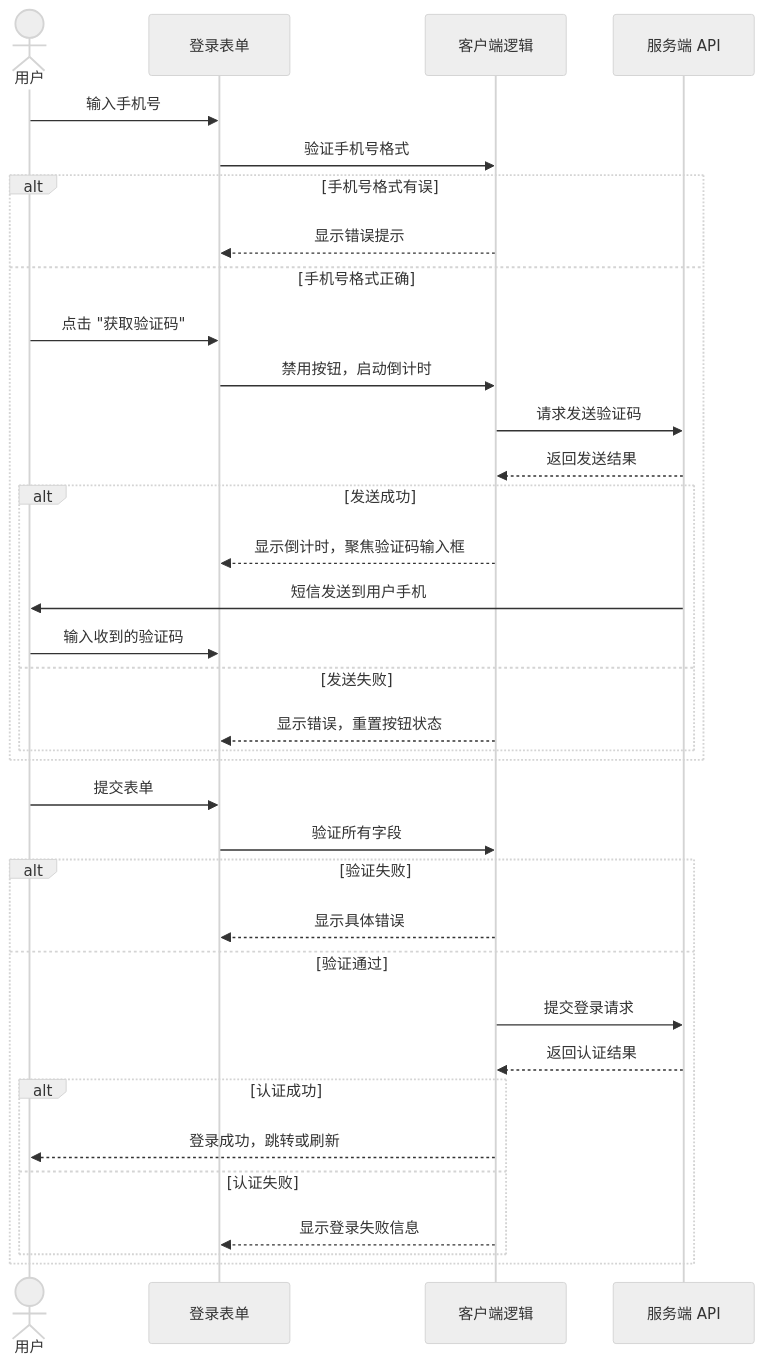
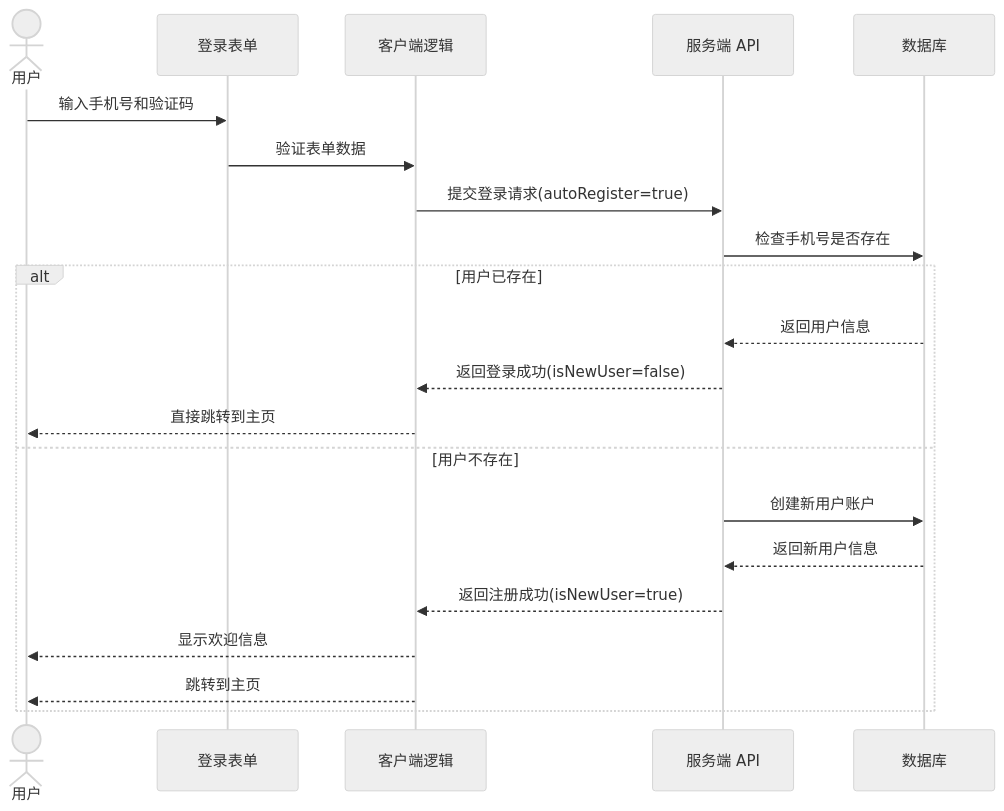
Before and after one commit to weihongyu12/web: the second of 2 diagrams in docs/features/authentication/smscode/README.md, drawn with Mermaid (neutral theme). The commit also changed other lines of this file and 1 other file, not shown here.

````diff
--- a/docs/features/authentication/smscode/README.md
+++ b/docs/features/authentication/smscode/README.md
@@ -306,42 +412,25 @@
 ```mermaid
 sequenceDiagram
     actor User as 用户
     participant Form as 登录表单
     participant Client as 客户端逻辑
     participant Server as 服务端 API
+    participant DB as 数据库
     
-    User->>Form: 输入手机号
-    Form->>Client: 验证手机号格式
-    alt 手机号格式有误
-        Client-->>Form: 显示错误提示
-    else 手机号格式正确
-        User->>Form: 点击 "获取验证码"
-        Form->>Client: 禁用按钮，启动倒计时
-        Client->>Server: 请求发送验证码
-        Server-->>Client: 返回发送结果
-        
-        alt 发送成功
-            Client-->>Form: 显示倒计时，聚焦验证码输入框
-            Server->>User: 短信发送到用户手机
-            User->>Form: 输入收到的验证码
-        else 发送失败
-            Client-->>Form: 显示错误，重置按钮状态
-        end
-    end
+    User->>Form: 输入手机号和验证码
+    Form->>Client: 验证表单数据
+    Client->>Server: 提交登录请求(autoRegister=true)
+    Server->>DB: 检查手机号是否存在
     
-    User->>Form: 提交表单
-    Form->>Client: 验证所有字段
-    
-    alt 验证失败
-        Client-->>Form: 显示具体错误
-    else 验证通过
-        Client->>Server: 提交登录请求
-        Server-->>Client: 返回认证结果
-        
-        alt 认证成功
-            Client-->>User: 登录成功，跳转或刷新
-        else 认证失败
-            Client-->>Form: 显示登录失败信息
-        end
+    alt 用户已存在
+        DB-->>Server: 返回用户信息
+        Server-->>Client: 返回登录成功(isNewUser=false)
+        Client-->>User: 直接跳转到主页
+    else 用户不存在
+        Server->>DB: 创建新用户账户
+        DB-->>Server: 返回新用户信息
+        Server-->>Client: 返回注册成功(isNewUser=true)
+        Client-->>User: 显示欢迎信息
+        Client-->>User: 跳转到主页
     end
 ```
````
